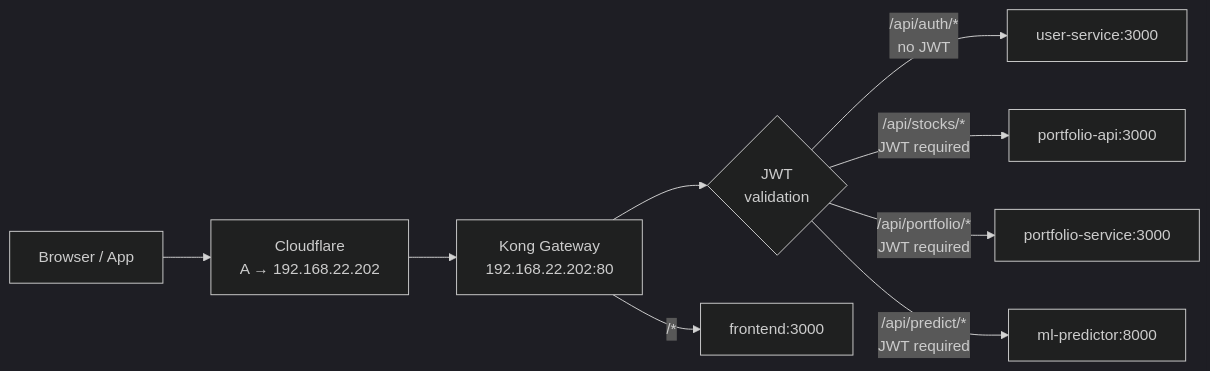
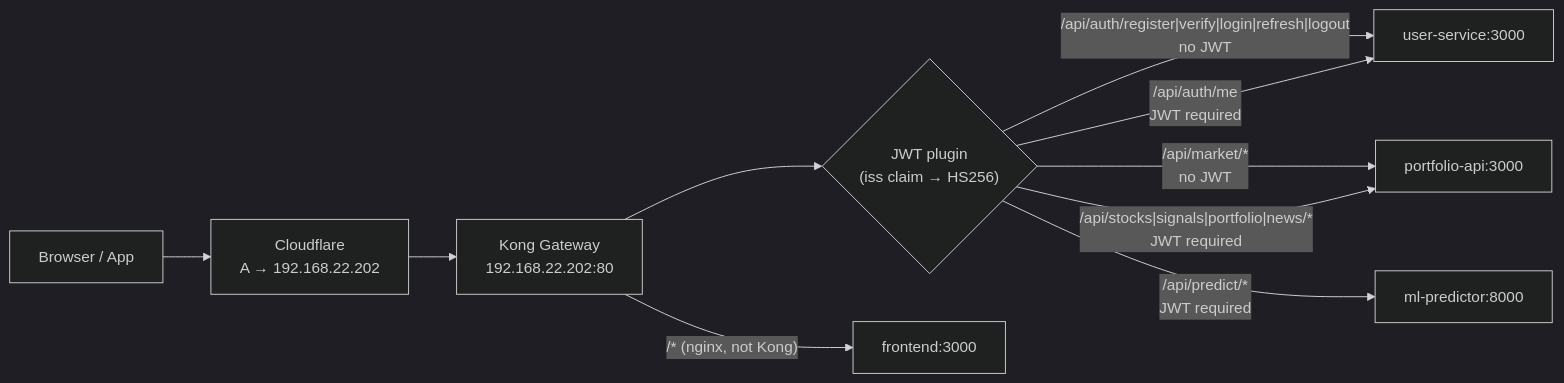
The fifth of 13 diagrams in ARCHITECTURE.md (akann/k8s-apps), drawn with Mermaid (dark theme) before and after one commit. The commit also changed other lines of this file, not shown here.

First line of the commit message:
docs(architecture): update yana-stocks auth, Kong routes, and data flow

````diff
--- a/ARCHITECTURE.md
+++ b/ARCHITECTURE.md
@@ -229,11 +229,12 @@
 ```mermaid
 graph LR
     Client["Browser / App"] --> CF["Cloudflare<br/>A → 192.168.22.202"]
     CF --> Kong["Kong Gateway<br/>192.168.22.202:80"]
-    Kong --> JWT{"JWT<br/>validation"}
-    JWT -->|"/api/auth/*<br/>no JWT"| US["user-service:3000"]
-    JWT -->|"/api/stocks/*<br/>JWT required"| PA["portfolio-api:3000"]
-    JWT -->|"/api/portfolio/*<br/>JWT required"| PS["portfolio-service:3000"]
+    Kong --> JWT{"JWT plugin<br/>(iss claim → HS256)"}
+    JWT -->|"/api/auth/register|verify|login|refresh|logout<br/>no JWT"| US["user-service:3000"]
+    JWT -->|"/api/auth/me<br/>JWT required"| US
+    JWT -->|"/api/market/*<br/>no JWT"| PA["portfolio-api:3000"]
+    JWT -->|"/api/stocks|signals|portfolio|news/*<br/>JWT required"| PA
     JWT -->|"/api/predict/*<br/>JWT required"| ML["ml-predictor:8000"]
-    Kong -->|"/*"| FE["frontend:3000"]
+    Kong -->|"/* (nginx, not Kong)"| FE["frontend:3000"]
 ```
````
